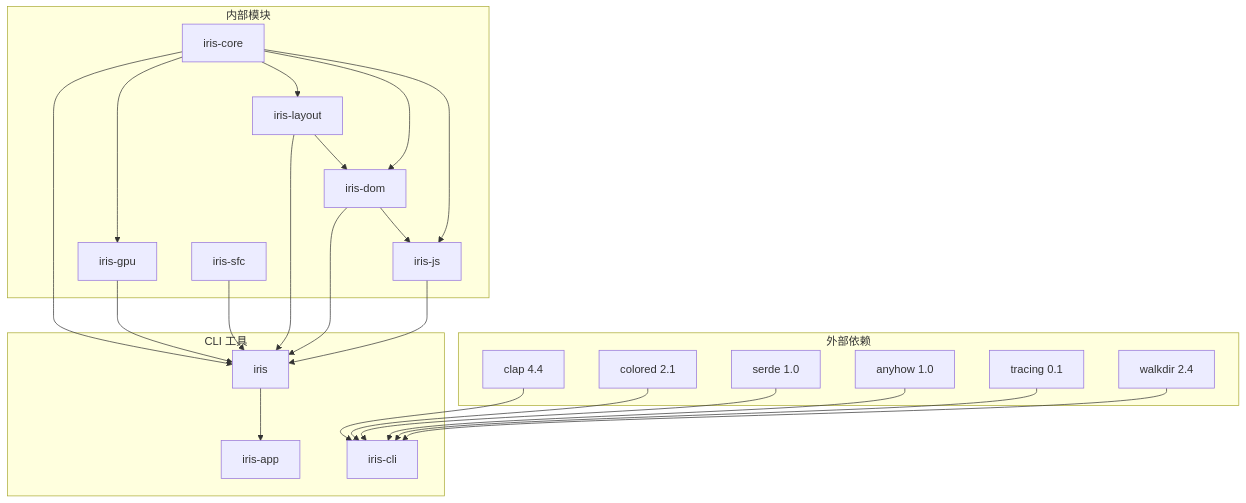
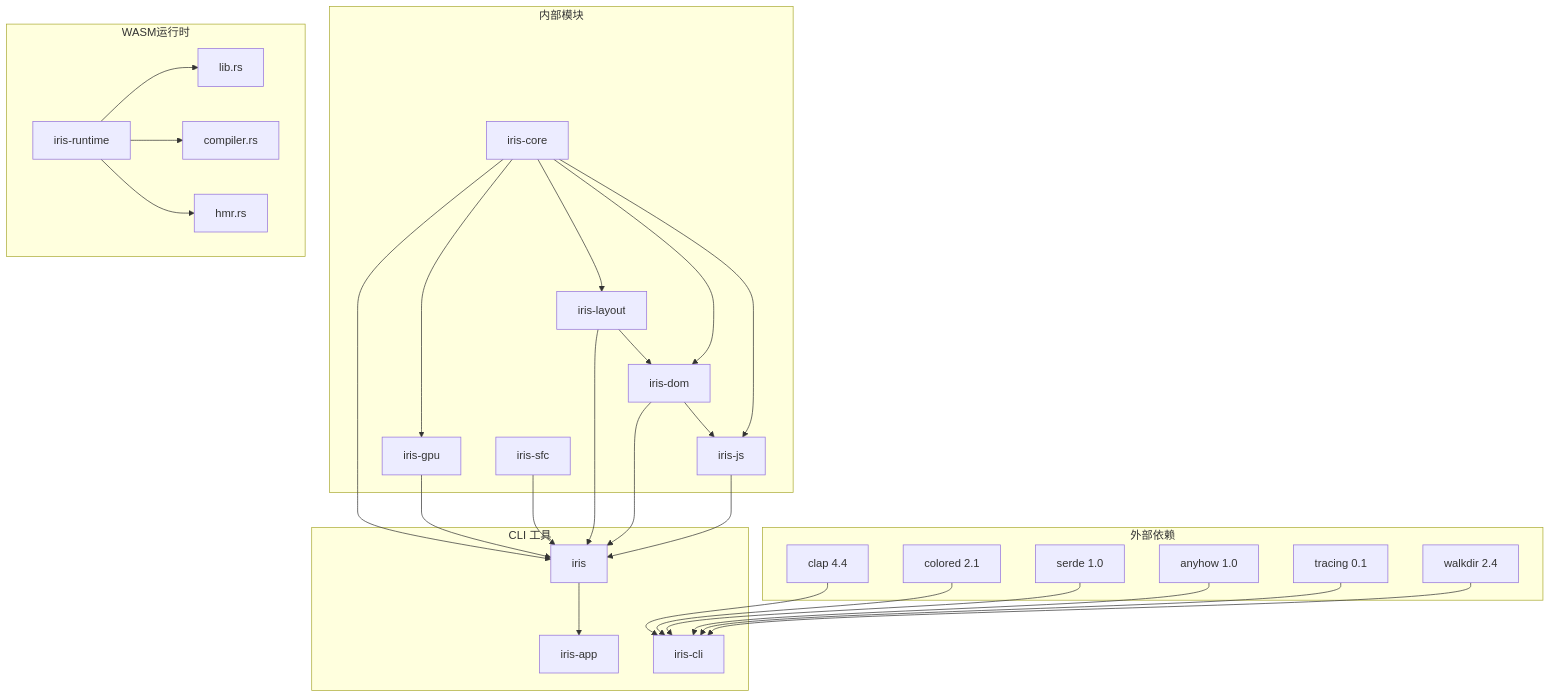
Diagram 13 of 13 in .qoder/repowiki/zh/content/核心功能特性/工程化与商业化能力/测试框架与基础设施/Iris Runtime CLI工具.md (itszzl-sudo/iris), drawn with Mermaid before and after one commit. The commit also changed other lines of this file and 6 other files, not shown here.

First line of the commit message:
fix: 修复 iris-jetcrab 和 iris-runtime 编译错误

````diff
--- a/.qoder/repowiki/zh/content/核心功能特性/工程化与商业化能力/测试框架与基础设施/Iris Runtime CLI工具.md
+++ b/.qoder/repowiki/zh/content/核心功能特性/工程化与商业化能力/测试框架与基础设施/Iris Runtime CLI工具.md
@@ -410,43 +588,52 @@
 ```mermaid
 graph TB
 subgraph "外部依赖"
 Clap[clap 4.4]
 Colored[colored 2.1]
 Serde[serde 1.0]
 Anyhow[anyhow 1.0]
 Tracing[tracing 0.1]
 WalkDir[walkdir 2.4]
 end
 subgraph "内部模块"
 IrisCore[iris-core]
 IrisGPU[iris-gpu]
 IrisLayout[iris-layout]
 IrisDOM[iris-dom]
 IrisJS[iris-js]
 IrisSFC[iris-sfc]
 end
 subgraph "CLI 工具"
 IrisCLI[iris-cli]
 IrisEngine[iris]
 IrisApp[iris-app]
 end
+subgraph "WASM运行时"
+WASMRuntime[iris-runtime]
+WASMLib[lib.rs]
+WASMCompiler[compiler.rs]
+WASMHMR[hmr.rs]
+end
 Clap --> IrisCLI
 Colored --> IrisCLI
 Serde --> IrisCLI
 Anyhow --> IrisCLI
 Tracing --> IrisCLI
 WalkDir --> IrisCLI
 IrisCore --> IrisEngine
 IrisGPU --> IrisEngine
 IrisLayout --> IrisEngine
 IrisDOM --> IrisEngine
 IrisJS --> IrisEngine
 IrisSFC --> IrisEngine
 IrisEngine --> IrisApp
 IrisCore --> IrisGPU
 IrisCore --> IrisLayout
 IrisCore --> IrisDOM
 IrisCore --> IrisJS
 IrisLayout --> IrisDOM
 IrisDOM --> IrisJS
+WASMRuntime --> WASMLib
+WASMRuntime --> WASMCompiler
+WASMRuntime --> WASMHMR
 ```
````
